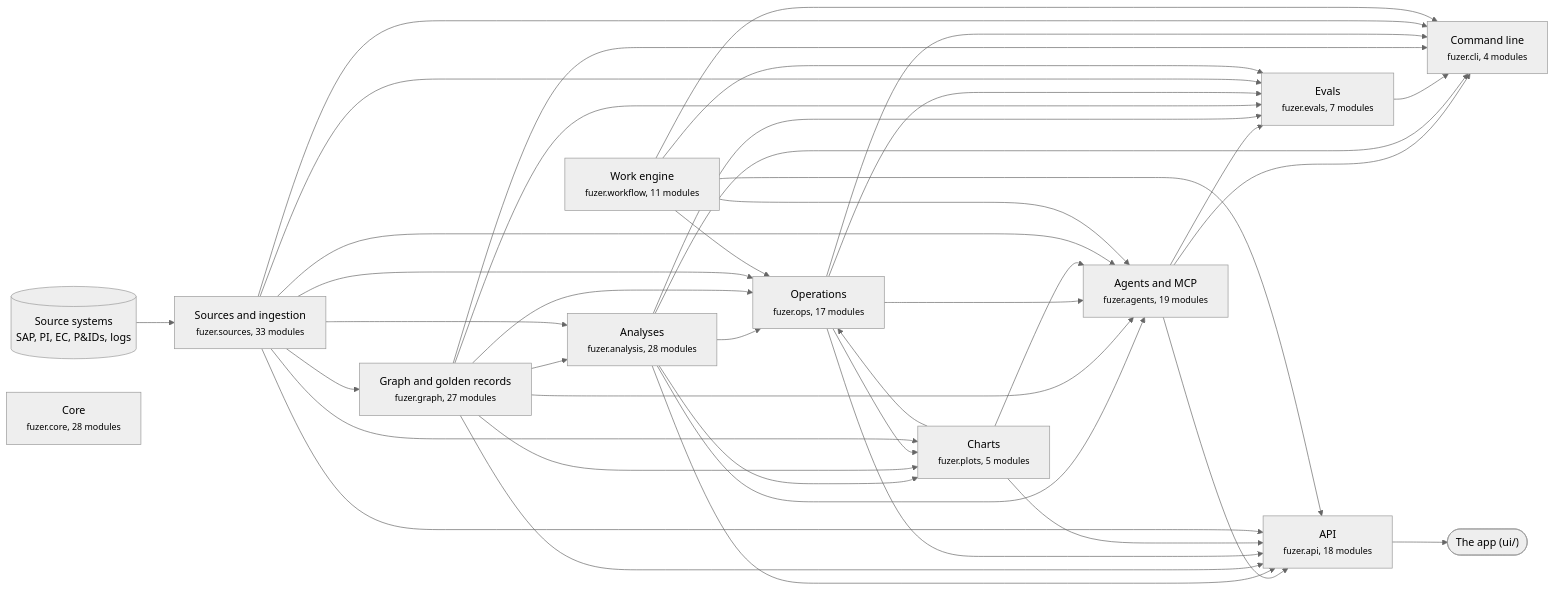
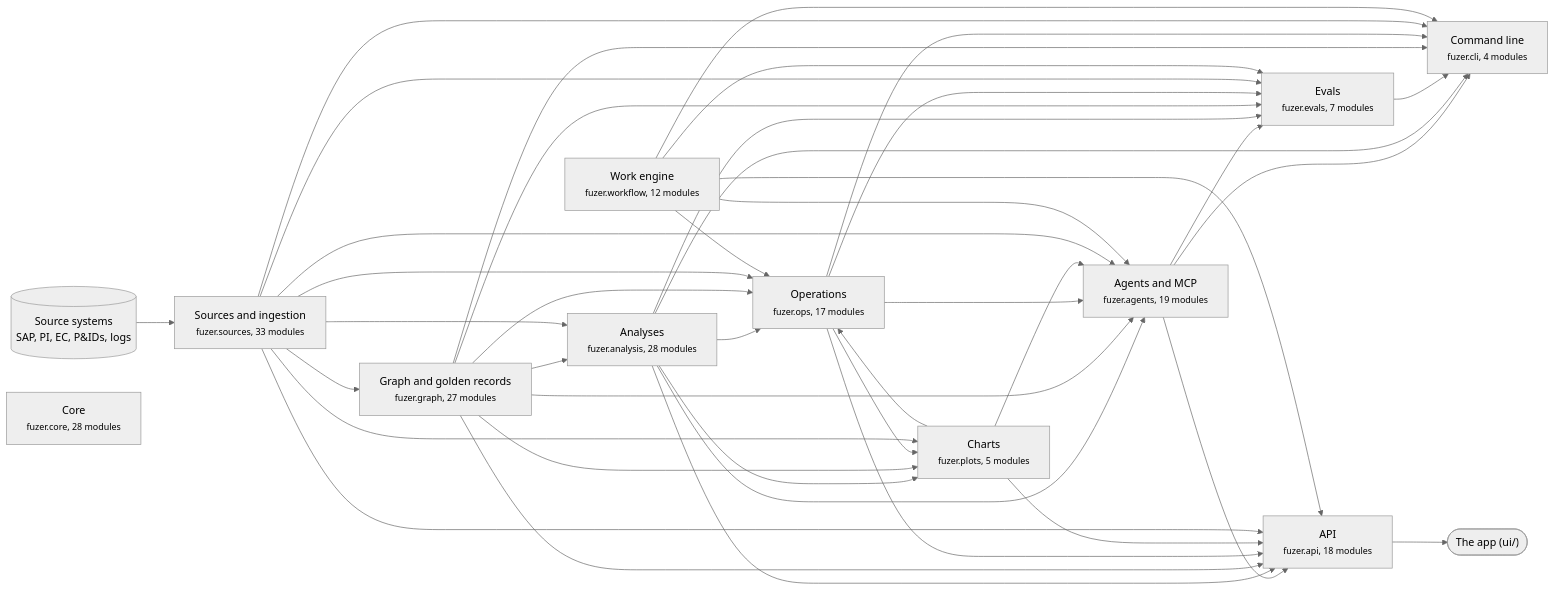
The first of 3 diagrams in docs/architecture.md (areed145/fuzer), drawn with Mermaid (neutral theme) before and after one commit. The commit also changed other lines of this file and 9 other files, not shown here.

````diff
--- a/docs/architecture.md
+++ b/docs/architecture.md
@@ -8,66 +8,66 @@
 ```mermaid
 flowchart LR
   systems[("Source systems<br>SAP, PI, EC, P&IDs, logs")] --> c_sources
   app(["The app (ui/)"])
   c_api --> app
   c_sources["Sources and ingestion<br><small>fuzer.sources, 33 modules</small>"]
   c_graph["Graph and golden records<br><small>fuzer.graph, 27 modules</small>"]
   c_analysis["Analyses<br><small>fuzer.analysis, 28 modules</small>"]
   c_ops["Operations<br><small>fuzer.ops, 17 modules</small>"]
   c_plots["Charts<br><small>fuzer.plots, 5 modules</small>"]
-  c_workflow["Work engine<br><small>fuzer.workflow, 11 modules</small>"]
+  c_workflow["Work engine<br><small>fuzer.workflow, 12 modules</small>"]
   c_agents["Agents and MCP<br><small>fuzer.agents, 19 modules</small>"]
   c_evals["Evals<br><small>fuzer.evals, 7 modules</small>"]
   c_api["API<br><small>fuzer.api, 18 modules</small>"]
   c_cli["Command line<br><small>fuzer.cli, 4 modules</small>"]
   c_core["Core<br><small>fuzer.core, 28 modules</small>"]
   c_sources --> c_graph
   c_graph --> c_analysis
   c_sources --> c_analysis
   c_analysis --> c_ops
   c_graph --> c_ops
   c_plots --> c_ops
   c_sources --> c_ops
   c_workflow --> c_ops
   c_analysis --> c_plots
   c_graph --> c_plots
   c_ops --> c_plots
   c_sources --> c_plots
   c_analysis --> c_agents
   c_graph --> c_agents
   c_ops --> c_agents
   c_plots --> c_agents
   c_sources --> c_agents
   c_workflow --> c_agents
   c_agents --> c_evals
   c_analysis --> c_evals
   c_graph --> c_evals
   c_ops --> c_evals
   c_sources --> c_evals
   c_workflow --> c_evals
   c_agents --> c_api
   c_analysis --> c_api
   c_graph --> c_api
   c_ops --> c_api
   c_plots --> c_api
   c_sources --> c_api
   c_workflow --> c_api
   c_agents --> c_cli
   c_analysis --> c_cli
   c_evals --> c_cli
   c_graph --> c_cli
   c_ops --> c_cli
   c_sources --> c_cli
   c_workflow --> c_cli
   click c_sources "https://github.com/areed145/fuzer/tree/main/src/fuzer/sources"
   click c_graph "https://github.com/areed145/fuzer/tree/main/src/fuzer/graph"
   click c_analysis "https://github.com/areed145/fuzer/tree/main/src/fuzer/analysis"
   click c_ops "https://github.com/areed145/fuzer/tree/main/src/fuzer/ops"
   click c_plots "https://github.com/areed145/fuzer/tree/main/src/fuzer/plots"
   click c_workflow "https://github.com/areed145/fuzer/tree/main/src/fuzer/workflow"
   click c_agents "https://github.com/areed145/fuzer/tree/main/src/fuzer/agents"
   click c_evals "https://github.com/areed145/fuzer/tree/main/src/fuzer/evals"
   click c_api "https://github.com/areed145/fuzer/tree/main/src/fuzer/api"
   click c_cli "https://github.com/areed145/fuzer/tree/main/src/fuzer/cli"
   click c_core "https://github.com/areed145/fuzer/tree/main/src/fuzer/core"
 ```
````
